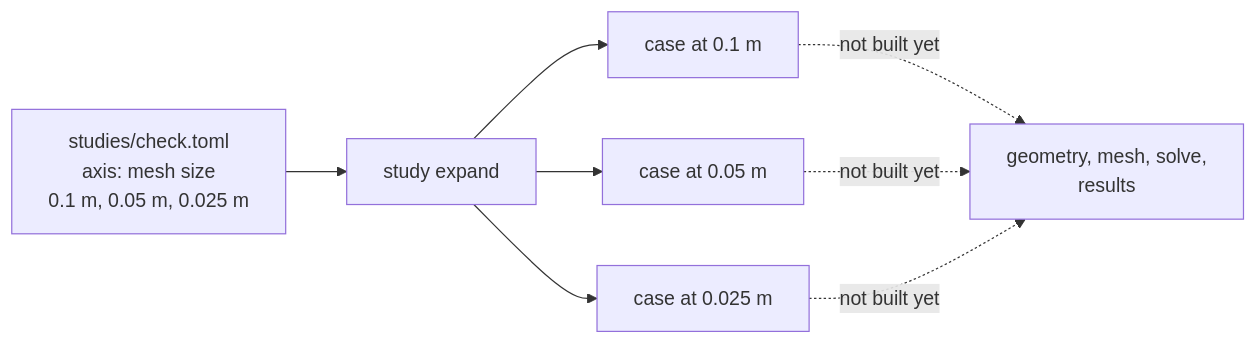
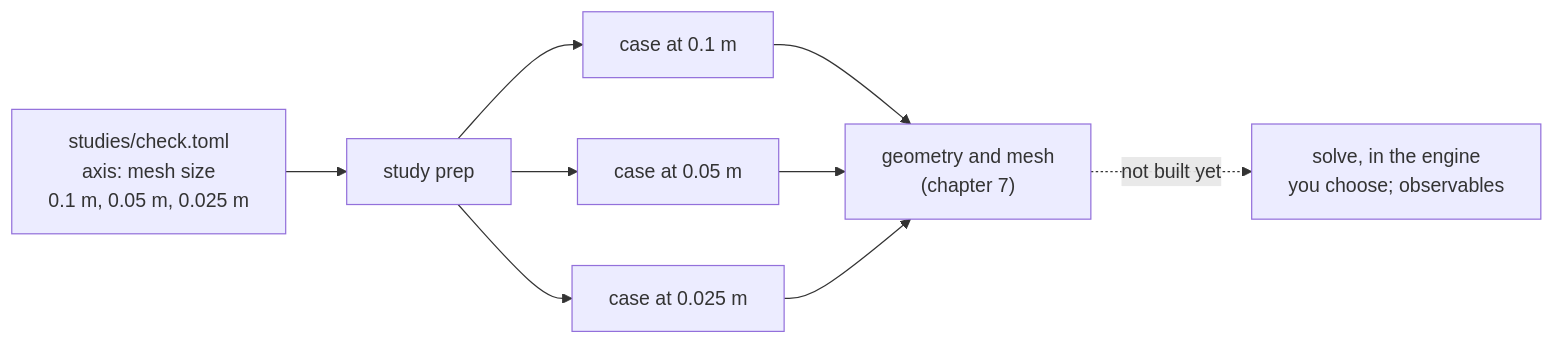
Before and after one commit to Qing-LAB/femkit: the diagram in docs/manual/5-studies-and-cases.md, drawn with Mermaid. The commit also changed other lines of this file and 512 other files, not shown here.

````diff
--- a/docs/manual/5-studies-and-cases.md
+++ b/docs/manual/5-studies-and-cases.md
@@ -13,8 +13,9 @@
 ```mermaid
 flowchart LR
-    S["studies/check.toml<br/>axis: mesh size<br/>0.1 m, 0.05 m, 0.025 m"] --> X["study expand"]
+    S["studies/check.toml<br/>axis: mesh size<br/>0.1 m, 0.05 m, 0.025 m"] --> X["study prep"]
     X --> C1["case at 0.1 m"]
     X --> C2["case at 0.05 m"]
     X --> C3["case at 0.025 m"]
-    C1 & C2 & C3 -.->|"not built yet"| R["geometry, mesh, solve,<br/>results"]
+    C1 & C2 & C3 --> GM["geometry and mesh<br/>(chapter 7)"]
+    GM -.->|"not built yet"| R["solve, in the engine<br/>you choose; observables"]
 ```
````
